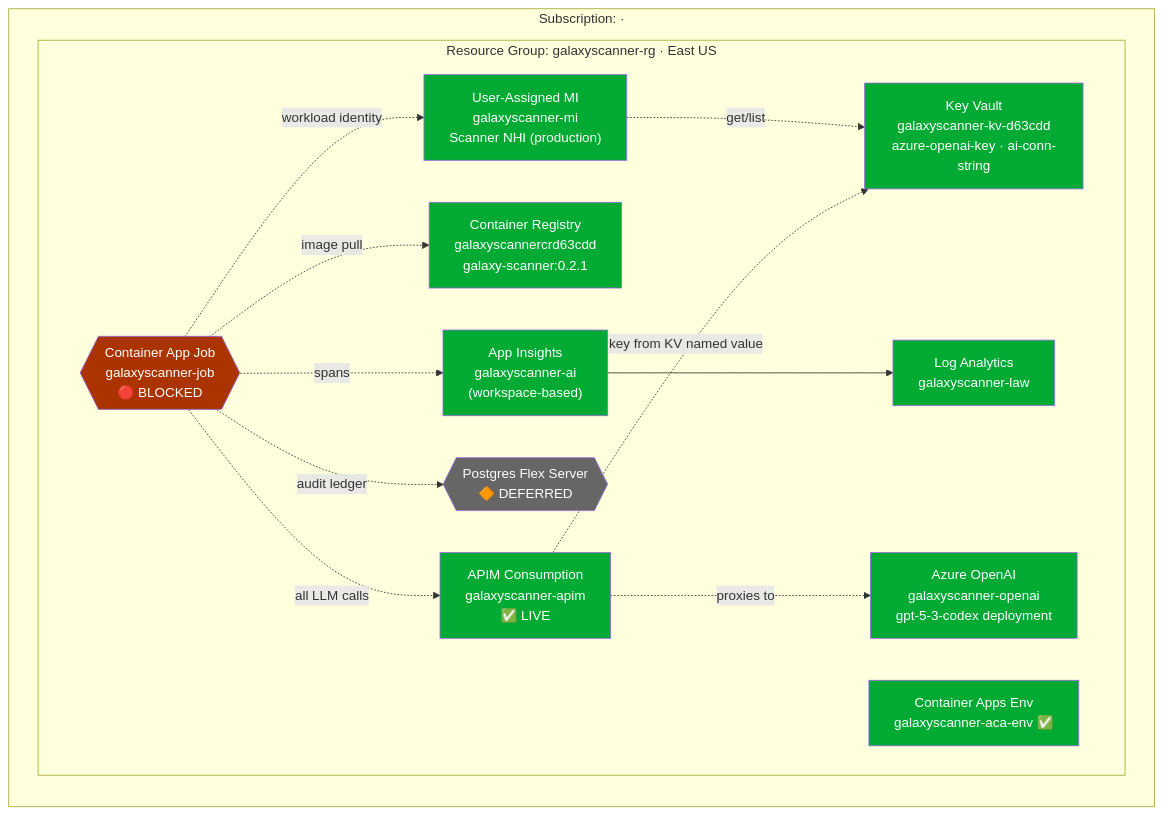
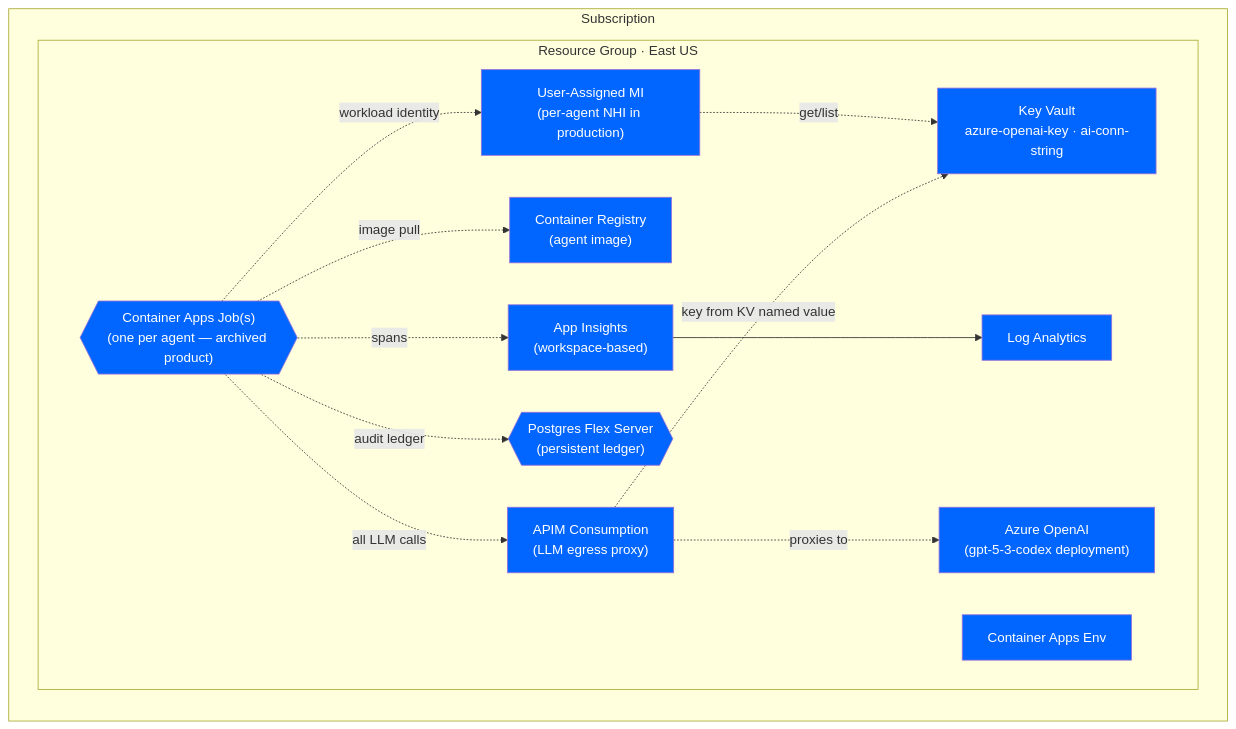
The seventh of 9 diagrams in docs/architecture.md (rlpatrao/agent-gov-sec), drawn with Mermaid before and after one commit. The commit also changed other lines of this file and 144 other files, not shown here.

````diff
--- a/docs/architecture.md
+++ b/docs/architecture.md
@@ -359,34 +350,30 @@
 ```mermaid
 flowchart LR
-  subgraph Sub["Subscription: <your-subscription-name> · <your-subscription-id>"]
-    subgraph RG["Resource Group: galaxyscanner-rg · East US"]
-      KV["Key Vault\ngalaxyscanner-kv-d63cdd\nazure-openai-key · ai-conn-string"]
-      ACR["Container Registry\ngalaxyscannercrd63cdd\ngalaxy-scanner:0.2.1"]
-      MI["User-Assigned MI\ngalaxyscanner-mi\nScanner NHI (production)"]
-      LAW["Log Analytics\ngalaxyscanner-law"]
-      AI["App Insights\ngalaxyscanner-ai\n(workspace-based)"]
-      AOAI["Azure OpenAI\ngalaxyscanner-openai\ngpt-5-3-codex deployment"]
-      ACAEnv["Container Apps Env\ngalaxyscanner-aca-env ✅"]
-      Job{{"Container App Job\ngalaxyscanner-job\n🔴 BLOCKED"}}
-      Pg{{"Postgres Flex Server\n🔶 DEFERRED"}}
-      APIM["APIM Consumption\ngalaxyscanner-apim\n✅ LIVE"]
+  subgraph Sub["Subscription"]
+    subgraph RG["Resource Group · East US"]
+      KV["Key Vault\nazure-openai-key · ai-conn-string"]
+      ACR["Container Registry\n(agent image)"]
+      MI["User-Assigned MI\n(per-agent NHI in production)"]
+      LAW["Log Analytics"]
+      AI["App Insights\n(workspace-based)"]
+      AOAI["Azure OpenAI\n(gpt-5-3-codex deployment)"]
+      ACAEnv["Container Apps Env"]
+      Job{{"Container Apps Job(s)\n(one per agent — archived product)"}}
+      Pg{{"Postgres Flex Server\n(persistent ledger)"}}
+      APIM["APIM Consumption\n(LLM egress proxy)"]
     end
   end
 
   AI --> LAW
   Job -. image pull .-> ACR
   Job -. workload identity .-> MI
   MI -. get/list .-> KV
   Job -. spans .-> AI
   Job -. audit ledger .-> Pg
   Job -. all LLM calls .-> APIM
   APIM -. key from KV named value .-> KV
   APIM -. proxies to .-> AOAI
 
-  classDef done fill:#0a3,color:#fff
-  classDef blocked fill:#a30,color:#fff
-  classDef deferred fill:#666,color:#fff
-  class KV,ACR,MI,LAW,AI,AOAI,ACAEnv,APIM done
-  class Job blocked
-  class Pg deferred
+  classDef azure fill:#06f,color:#fff
+  class KV,ACR,MI,LAW,AI,AOAI,ACAEnv,APIM,Job,Pg azure
 ```
````
